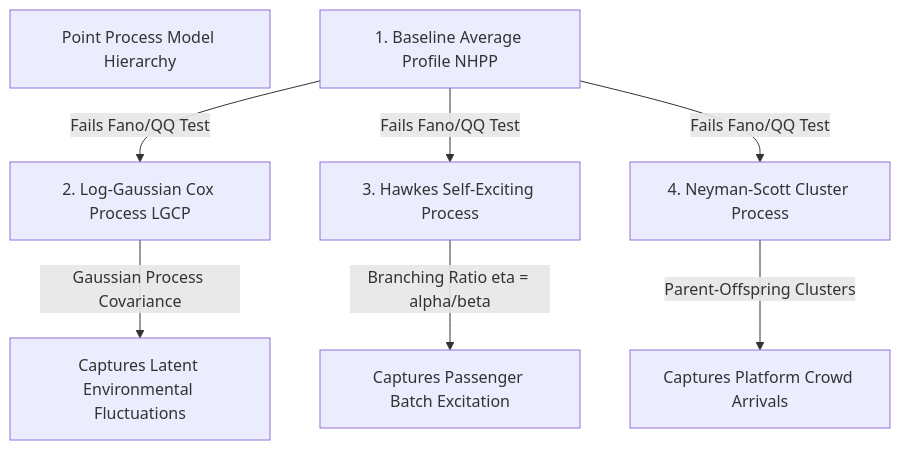
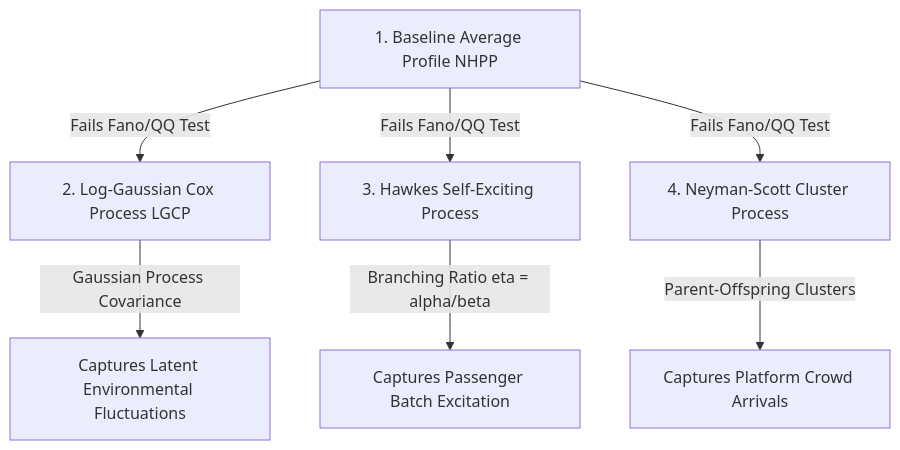
Before and after one commit to este6an13/osltm: the first of 2 diagrams in docs/codebase_guide/03_STOCHASTIC_POINT_PROCESS_MODELS.md, drawn with Mermaid. The commit also changed 3 other files, not shown here.

Commit message:
fix mermaid diagrams

````diff
--- a/docs/codebase_guide/03_STOCHASTIC_POINT_PROCESS_MODELS.md
+++ b/docs/codebase_guide/03_STOCHASTIC_POINT_PROCESS_MODELS.md
@@ -12,11 +12,10 @@
 ```mermaid
 graph TD
-    SubGraph1[Point Process Model Hierarchy]
-    M1[1. Baseline Average Profile NHPP] -->|Fails Fano/QQ Test| M2[2. Log-Gaussian Cox Process LGCP]
-    M1 -->|Fails Fano/QQ Test| M3[3. Hawkes Self-Exciting Process]
-    M1 -->|Fails Fano/QQ Test| M4[4. Neyman-Scott Cluster Process]
+    M1["1. Baseline Average Profile NHPP"] -->|"Fails Fano/QQ Test"| M2["2. Log-Gaussian Cox Process LGCP"]
+    M1 -->|"Fails Fano/QQ Test"| M3["3. Hawkes Self-Exciting Process"]
+    M1 -->|"Fails Fano/QQ Test"| M4["4. Neyman-Scott Cluster Process"]
     
-    M2 -->|Gaussian Process Covariance| E1[Captures Latent Environmental Fluctuations]
-    M3 -->|Branching Ratio eta = alpha/beta| E2[Captures Passenger Batch Excitation]
-    M4 -->|Parent-Offspring Clusters| E3[Captures Platform Crowd Arrivals]
+    M2 -->|"Gaussian Process Covariance"| E1["Captures Latent Environmental Fluctuations"]
+    M3 -->|"Branching Ratio eta = alpha/beta"| E2["Captures Passenger Batch Excitation"]
+    M4 -->|"Parent-Offspring Clusters"| E3["Captures Platform Crowd Arrivals"]
 ```
````
